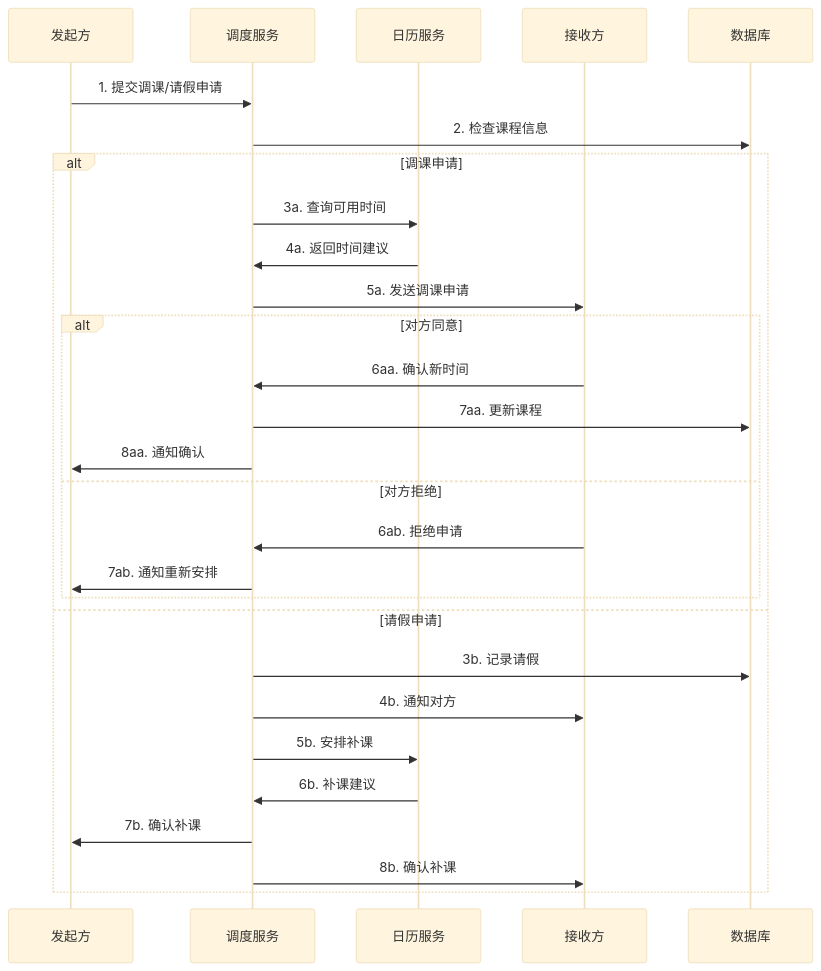
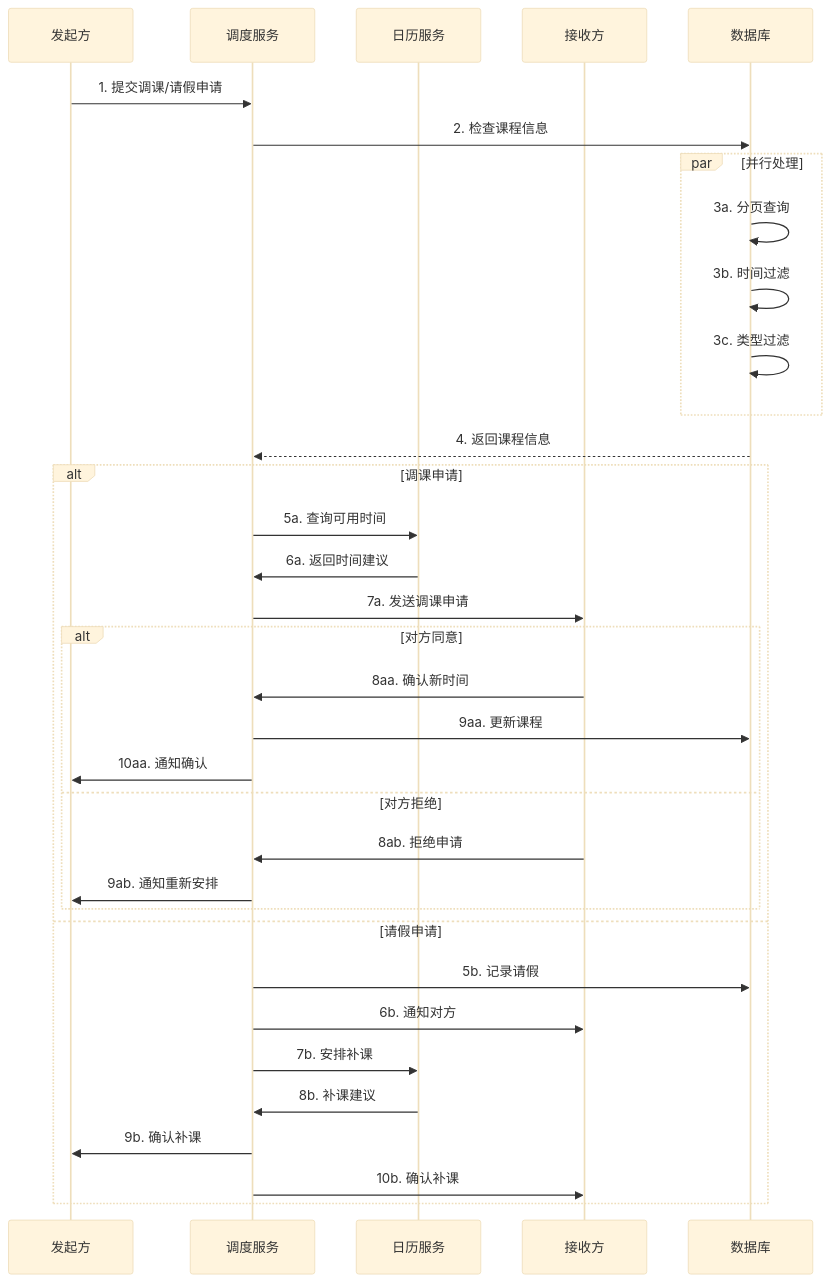
Diagram 43 of 44 in docs/场景设计文档.md (coyafky/smart-tutor), drawn with Mermaid (base theme) before and after one commit. The commit also changed other lines of this file and 24 other files, not shown here.

````diff
--- a/docs/场景设计文档.md
+++ b/docs/场景设计文档.md
@@ -1500,34 +1564,42 @@
 ```mermaid
 sequenceDiagram
     participant U1 as 发起方
     participant S as 调度服务
     participant C as 日历服务
     participant U2 as 接收方
     participant DB as 数据库
     
     U1->>S: 1. 提交调课/请假申请
     S->>DB: 2. 检查课程信息
     
+    par 并行处理
+        DB->>DB: 3a. 分页查询
+        DB->>DB: 3b. 时间过滤
+        DB->>DB: 3c. 类型过滤
+    end
+    
+    DB-->>S: 4. 返回课程信息
+    
     alt 调课申请
-        S->>C: 3a. 查询可用时间
-        C->>S: 4a. 返回时间建议
-        S->>U2: 5a. 发送调课申请
+        S->>C: 5a. 查询可用时间
+        C->>S: 6a. 返回时间建议
+        S->>U2: 7a. 发送调课申请
         
         alt 对方同意
-            U2->>S: 6aa. 确认新时间
-            S->>DB: 7aa. 更新课程
-            S->>U1: 8aa. 通知确认
+            U2->>S: 8aa. 确认新时间
+            S->>DB: 9aa. 更新课程
+            S->>U1: 10aa. 通知确认
         else 对方拒绝
-            U2->>S: 6ab. 拒绝申请
-            S->>U1: 7ab. 通知重新安排
+            U2->>S: 8ab. 拒绝申请
+            S->>U1: 9ab. 通知重新安排
         end
         
     else 请假申请
-        S->>DB: 3b. 记录请假
-        S->>U2: 4b. 通知对方
-        S->>C: 5b. 安排补课
-        C->>S: 6b. 补课建议
-        S->>U1: 7b. 确认补课
-        S->>U2: 8b. 确认补课
+        S->>DB: 5b. 记录请假
+        S->>U2: 6b. 通知对方
+        S->>C: 7b. 安排补课
+        C->>S: 8b. 补课建议
+        S->>U1: 9b. 确认补课
+        S->>U2: 10b. 确认补课
     end
 ```
````
